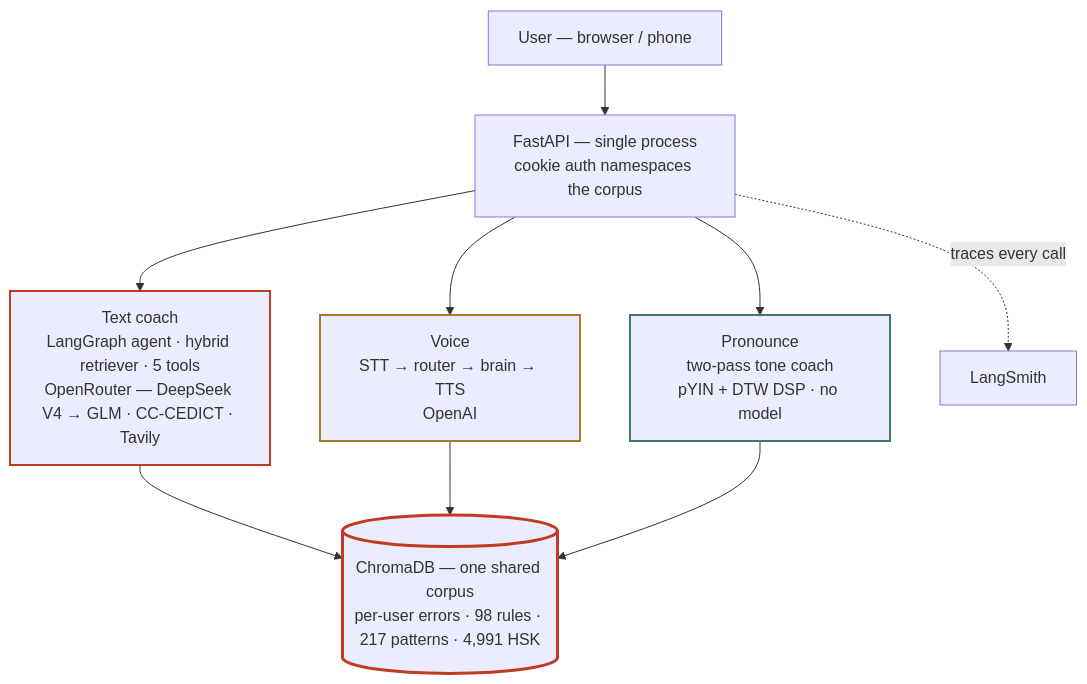
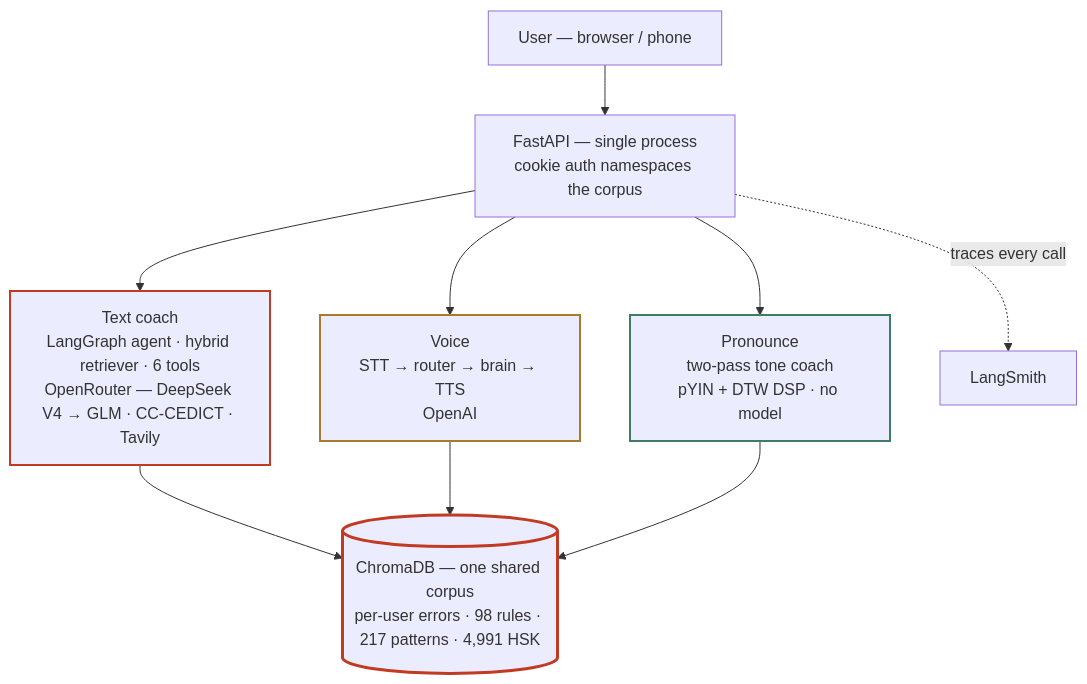
Before and after one commit to reubenfrith/mandarin-coach: the diagram in README.md, drawn with Mermaid. The commit also changed other lines of this file and 20 other files, not shown here.

````diff
--- a/README.md
+++ b/README.md
@@ -36,22 +36,22 @@
 ```mermaid
 flowchart TD
   U["User — browser / phone"] --> F["FastAPI — single process<br/>cookie auth namespaces the corpus"]
 
-  F --> T["Text coach<br/>LangGraph agent · hybrid retriever · 5 tools<br/>OpenRouter — DeepSeek V4 → GLM · CC-CEDICT · Tavily"]
+  F --> T["Text coach<br/>LangGraph agent · hybrid retriever · 6 tools<br/>OpenRouter — DeepSeek V4 → GLM · CC-CEDICT · Tavily"]
   F --> V["Voice<br/>STT → router → brain → TTS<br/>OpenAI"]
   F --> P["Pronounce<br/>two-pass tone coach<br/>pYIN + DTW DSP · no model"]
   F -.->|traces every call| LS["LangSmith"]
 
   T --> DB[("ChromaDB — one shared corpus<br/>per-user errors · 98 rules · 217 patterns · 4,991 HSK")]
   V --> DB
   P --> DB
 
   classDef text stroke:#C13B24,stroke-width:2px;
   classDef voice stroke:#A87A2B,stroke-width:2px;
   classDef pron stroke:#3F7D63,stroke-width:2px;
   classDef corpus stroke:#C13B24,stroke-width:3px;
   class T text
   class V voice
   class P pron
   class DB corpus
 ```
````
